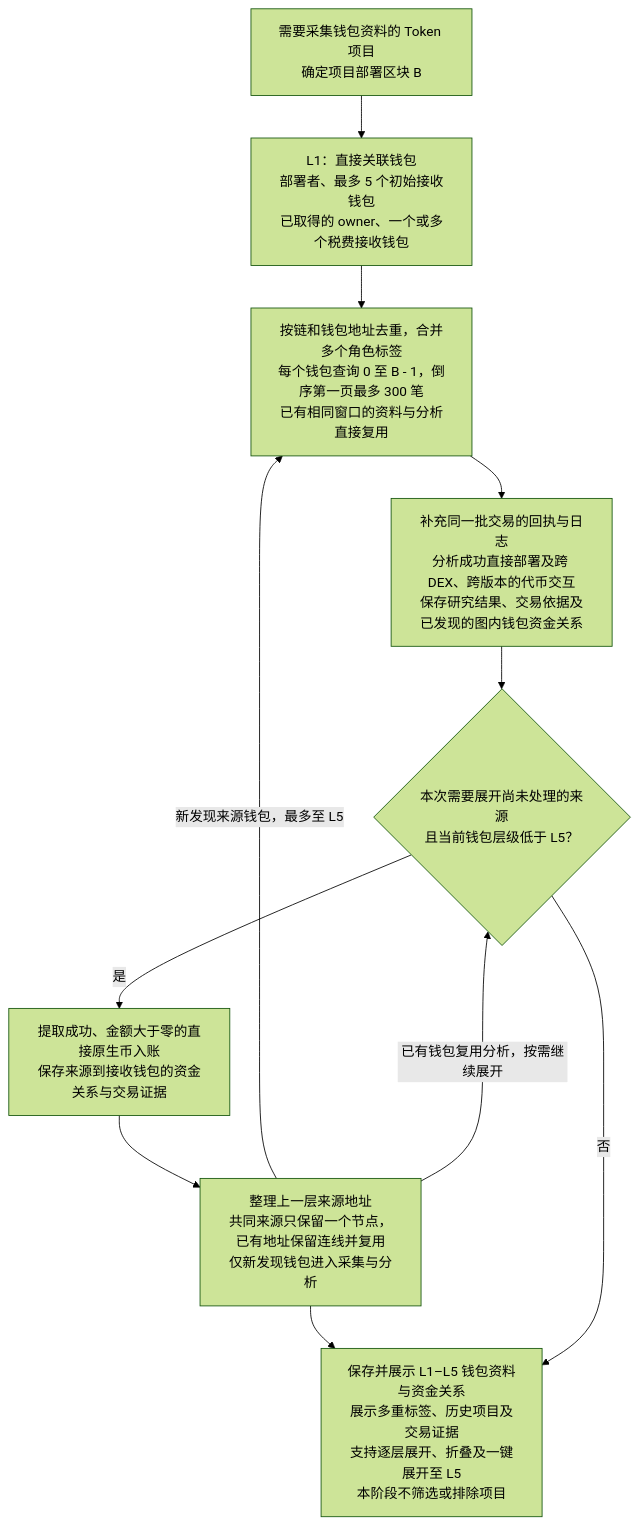
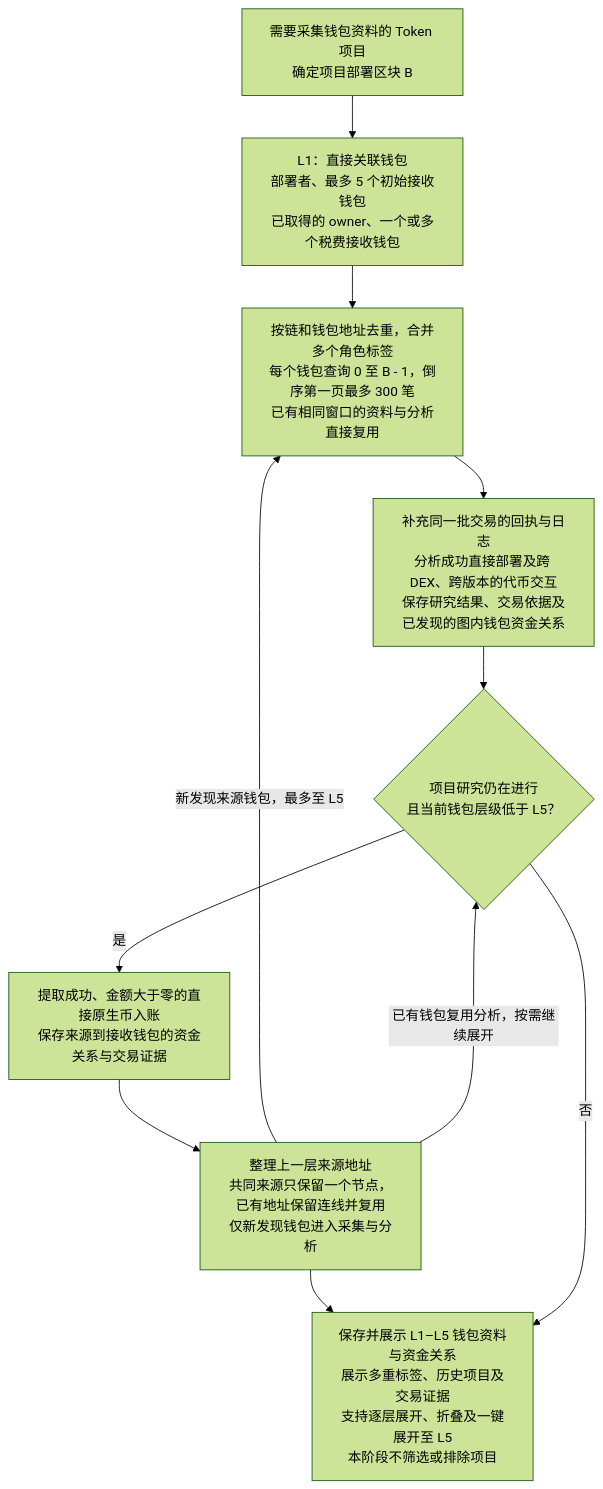
Before and after one commit to useryege/athena-o: the diagram in docs/project/token-wallet-research-flow.md, drawn with Mermaid (forest theme). The commit also changed other lines of this file and 17 other files, not shown here.

````diff
--- a/docs/project/token-wallet-research-flow.md
+++ b/docs/project/token-wallet-research-flow.md
@@ -27,13 +27,13 @@
 ```mermaid
 flowchart TD
     A["需要采集钱包资料的 Token 项目<br/>确定项目部署区块 B"] --> B["L1：直接关联钱包<br/>部署者、最多 5 个初始接收钱包<br/>已取得的 owner、一个或多个税费接收钱包"]
     B --> C["按链和钱包地址去重，合并多个角色标签<br/>每个钱包查询 0 至 B - 1，倒序第一页最多 300 笔<br/>已有相同窗口的资料与分析直接复用"]
     C --> D["补充同一批交易的回执与日志<br/>分析成功直接部署及跨 DEX、跨版本的代币交互<br/>保存研究结果、交易依据及已发现的图内钱包资金关系"]
-    D --> E{"本次需要展开尚未处理的来源<br/>且当前钱包层级低于 L5？"}
+    D --> E{"项目研究仍在进行<br/>且当前钱包层级低于 L5？"}
     E -->|是| F["提取成功、金额大于零的直接原生币入账<br/>保存来源到接收钱包的资金关系与交易证据"]
     F --> G["整理上一层来源地址<br/>共同来源只保留一个节点，已有地址保留连线并复用<br/>仅新发现钱包进入采集与分析"]
     G -->|新发现来源钱包，最多至 L5| C
     G -->|已有钱包复用分析，按需继续展开| E
     G --> H["保存并展示 L1–L5 钱包资料与资金关系<br/>展示多重标签、历史项目及交易证据<br/>支持逐层展开、折叠及一键展开至 L5<br/>本阶段不筛选或排除项目"]
     E -->|否| H
 ```
````
